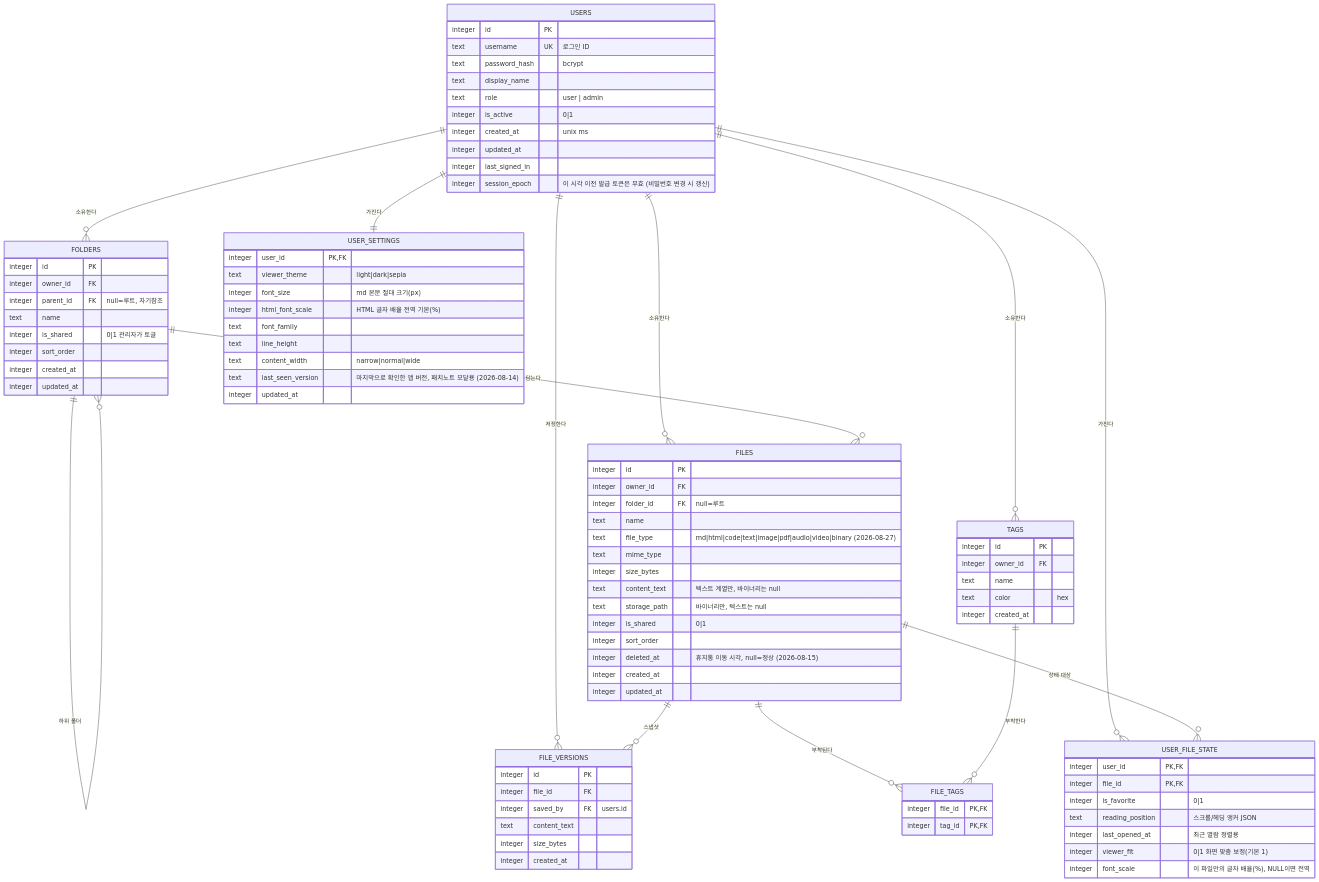
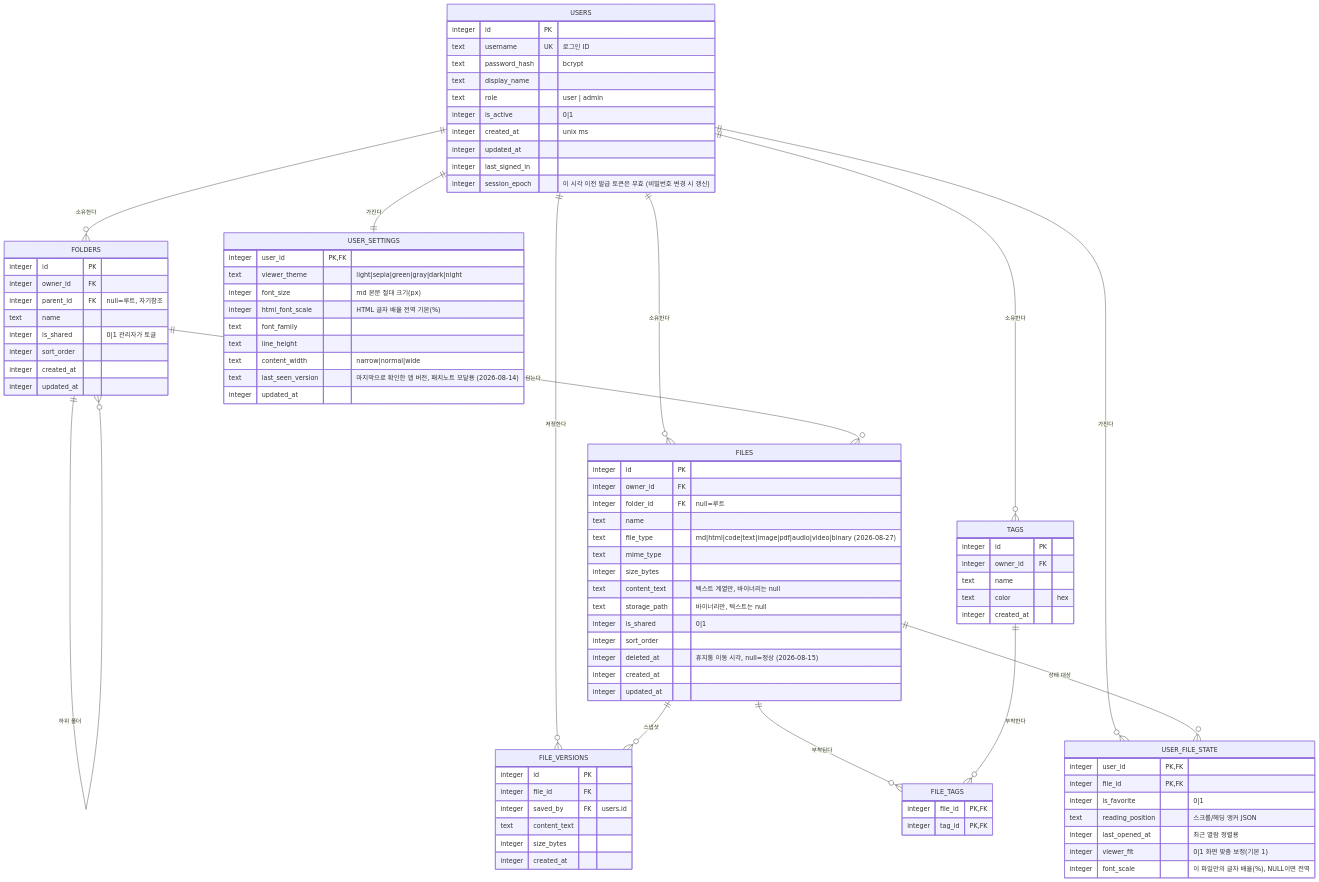
The diagram in docs/design/ERD_docvault_20260813.md (ehdwn009/docvault), drawn with Mermaid before and after one commit. The commit also changed 17 other files, not shown here.

```diff
--- a/docs/design/ERD_docvault_20260813.md
+++ b/docs/design/ERD_docvault_20260813.md
@@ -87,7 +87,7 @@
     }
     USER_SETTINGS {
         integer user_id PK, FK
-        text viewer_theme "light|dark|sepia"
+        text viewer_theme "light|sepia|green|gray|dark|night"
         integer font_size "md 본문 절대 크기(px)"
         integer html_font_scale "HTML 글자 배율 전역 기본(%)"
         text font_family
```
